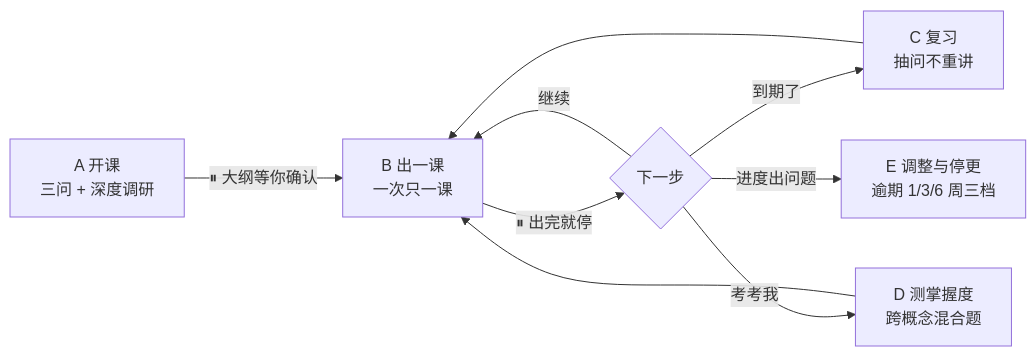
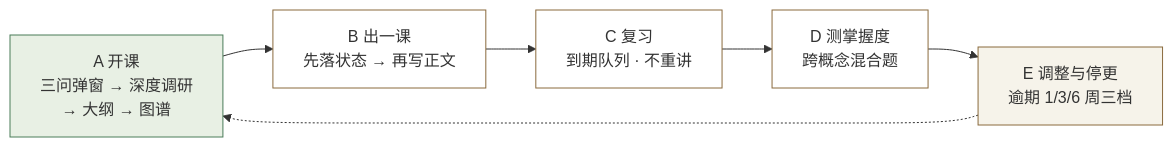
The second of 5 diagrams in README.md (Asaceoo/learn-system-skills), drawn with Mermaid before and after one commit. The commit also changed other lines of this file and 12 other files, not shown here.

First line of the commit message:
learn-system v0.7.0: 知识图谱总览（每概念八项 + 2D/3D 图示）

````diff
--- a/README.md
+++ b/README.md
@@ -50,11 +51,13 @@
 ```mermaid
-flowchart LR
-    A["A 开课<br/>三问 + 深度调研"] -->|"⏸ 大纲等你确认"| B["B 出一课<br/>一次只一课"]
-    B -->|"⏸ 出完就停"| C{"下一步"}
-    C -->|"继续"| B
-    C -->|"到期了"| D["C 复习<br/>抽问不重讲"]
-    C -->|"考考我"| E["D 测掌握度<br/>跨概念混合题"]
-    C -->|"进度出问题"| F["E 调整与停更<br/>逾期 1/3/6 周三档"]
-    D --> B
-    E --> B
+graph LR
+    A["A 开课<br/>三问弹窗 → 深度调研<br/>→ 大纲 → 图谱"] --> B["B 出一课<br/>先落状态 → 再写正文"]
+    B --> C["C 复习<br/>到期队列 · 不重讲"]
+    C --> D["D 测掌握度<br/>跨概念混合题"]
+    D --> E["E 调整与停更<br/>逾期 1/3/6 周三档"]
+    E -.-> A
+    style A fill:#e8f0e4,stroke:#4a7c59
+    style B fill:#fff,stroke:#8a6a3d
+    style C fill:#fff,stroke:#8a6a3d
+    style D fill:#fff,stroke:#8a6a3d
+    style E fill:#f6f3ea,stroke:#8a6a3d
 ```
````
